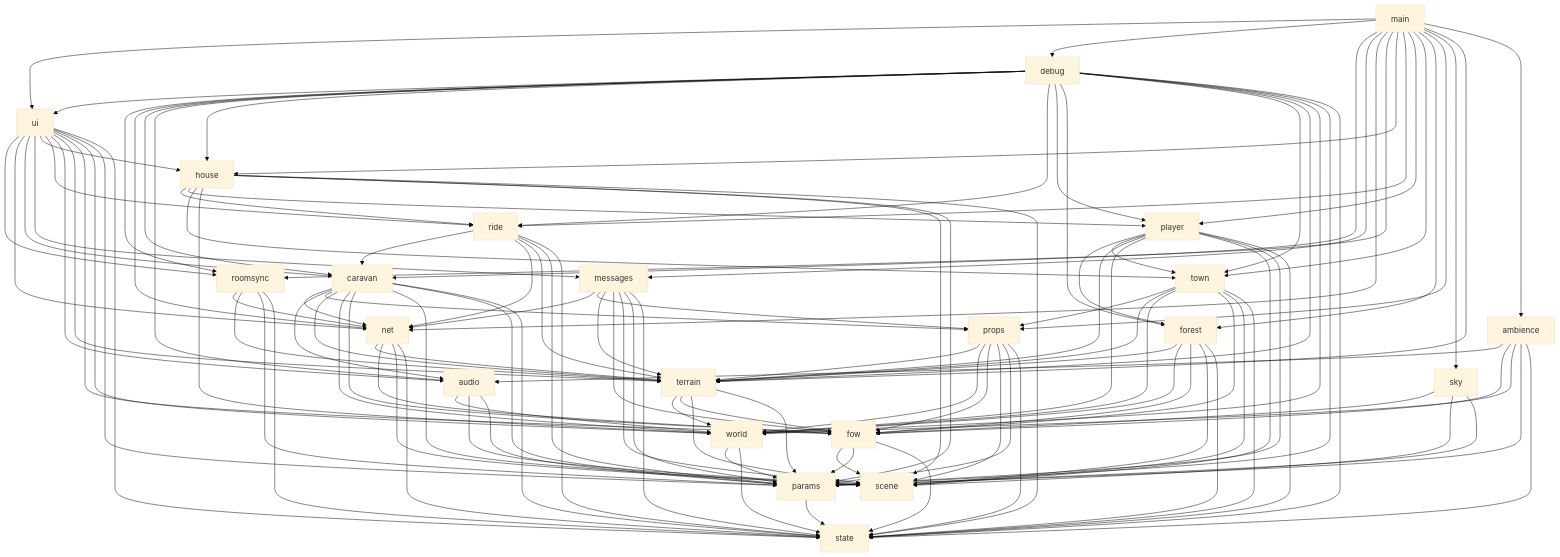
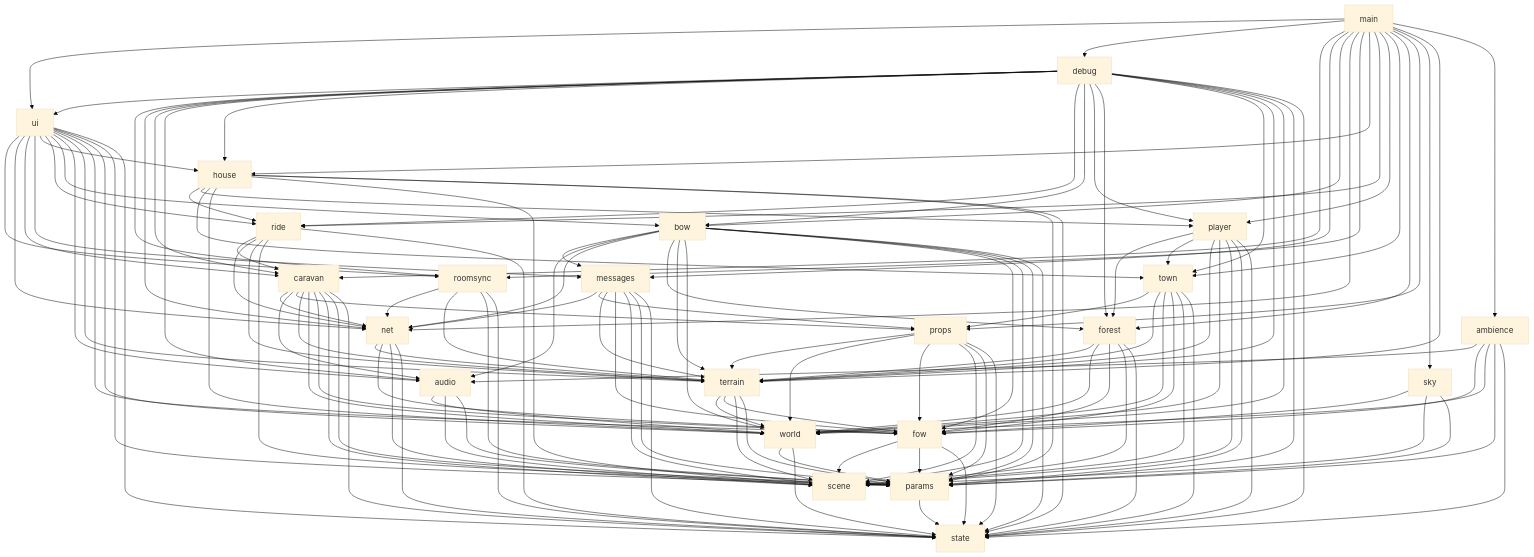
The diagram in ARCHITECTURE.md (0t3dWCE/inner-sphere-proto), drawn with Mermaid (base theme) before and after one commit. The commit also changed other lines of this file and 10 other files, not shown here.

````diff
--- a/ARCHITECTURE.md
+++ b/ARCHITECTURE.md
@@ -40,25 +41,26 @@
 ```mermaid
 flowchart TD
-  main --> ui & debug & caravan & messages & net & roomsync & house & ride & player & town & forest & props & sky & terrain & ambience
-  ui --> roomsync & net & caravan & messages & house & ride & audio & terrain & fow & world & params & state
-  debug --> ui & roomsync & net & caravan & audio & house & ride & player & forest & town & terrain & world & params & state
+  main --> ui & debug & caravan & messages & bow & net & roomsync & house & ride & player & town & forest & props & sky & terrain & ambience
+  ui --> roomsync & net & caravan & messages & house & ride & bow & audio & terrain & fow & world & params & state
+  debug --> ui & roomsync & net & caravan & audio & house & ride & bow & player & forest & town & terrain & world & params & state
   house --> ride & player & town & world & scene & params & state
   ride --> caravan & net & terrain & params & state
+  bow --> messages & audio & net & forest & terrain & world & fow & scene & params & state
   roomsync --> net & terrain & params & state
   caravan --> net & audio & props & terrain & world & fow & scene & params & state
   messages --> net & props & terrain & fow & scene & params & state
   ambience --> audio & fow & world & params & state
   audio --> world & scene & params
   net --> terrain & fow & scene & state
   player --> forest & town & terrain & world & scene & params & state
   town --> props & terrain & world & fow & scene & state
   forest --> terrain & world & fow & scene & state
   props --> terrain & world & fow & scene & params & state
   sky --> fow & scene & params
   terrain --> world & fow & scene & params
   fow --> scene & params & state
   world --> params & state
   params --> state
   scene
   state
 ```
````
